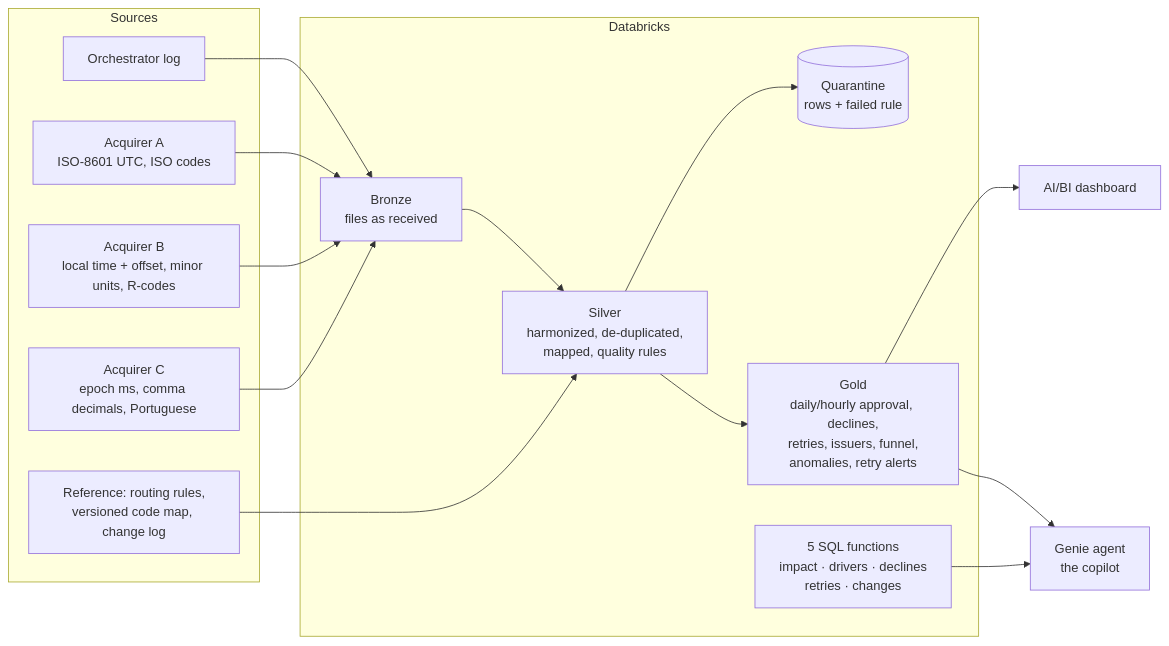
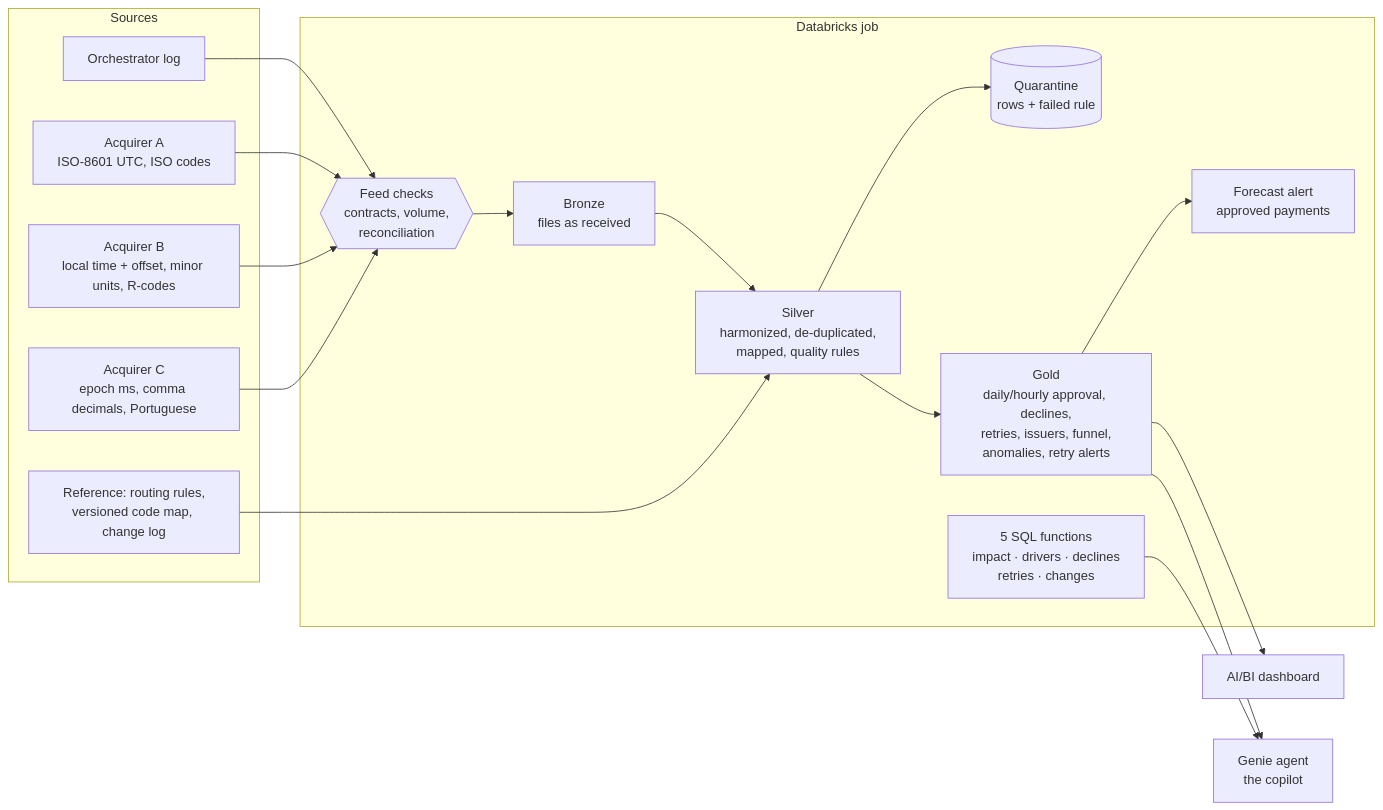
One commit to JaviSalazar31/approval-rate-copilot changed the diagram in README.md. Above: the diagram before and after it, drawn with Mermaid. The commit also changed other lines of this file and 51 other files, not shown here.

````diff
--- a/README.md
+++ b/README.md
@@ -57,23 +64,26 @@
 ```mermaid
 flowchart LR
   subgraph Sources
     O[Orchestrator log]
     A[Acquirer A<br/>ISO-8601 UTC, ISO codes]
     B[Acquirer B<br/>local time + offset, minor units, R-codes]
     C[Acquirer C<br/>epoch ms, comma decimals, Portuguese]
     R[Reference: routing rules,<br/>versioned code map, change log]
   end
-  subgraph Databricks
+  subgraph Databricks["Databricks job"]
+    CK{{Feed checks<br/>contracts, volume,<br/>reconciliation}}
     BR[Bronze<br/>files as received]
     SI[Silver<br/>harmonized, de-duplicated,<br/>mapped, quality rules]
     Q[(Quarantine<br/>rows + failed rule)]
     GO[Gold<br/>daily/hourly approval, declines,<br/>retries, issuers, funnel,<br/>anomalies, retry alerts]
     FN[5 SQL functions<br/>impact · drivers · declines<br/>retries · changes]
+    VA[Forecast alert<br/>approved payments]
   end
-  O & A & B & C --> BR --> SI --> GO
+  O & A & B & C --> CK --> BR --> SI --> GO
   R --> SI
   SI --> Q
+  GO --> VA
   GO --> D[AI/BI dashboard]
   GO --> G[Genie agent<br/>the copilot]
   FN --> G
 ```
````
